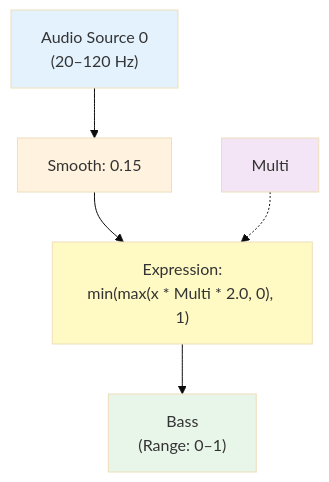
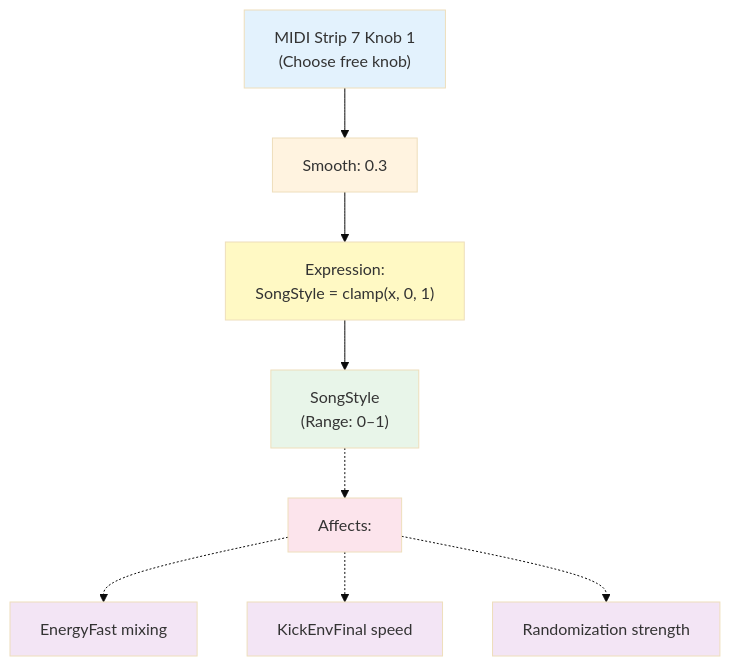
Before and after one commit to abossard/synesthesia-visuals: the third of 17 diagrams in docs/mmv-master-pipeline-guide.md, drawn with Mermaid (base theme). The commit also changed other lines of this file, not shown here.

Commit message:
Complete overhaul: Add SongStyle adaptation system to MMV pipeline guide

````diff
--- a/docs/mmv-master-pipeline-guide.md
+++ b/docs/mmv-master-pipeline-guide.md
@@ -240,14 +127,20 @@
 ```mermaid
 flowchart TD
-    AUDIO["Audio Source 0<br/>(20–120 Hz)"] --> SMOOTH1["Smooth: 0.15"]
-    SMOOTH1 --> EXPR1["Expression:<br/>min(max(x * Multi * 2.0, 0), 1)"]
-    EXPR1 --> BASS["Bass<br/>(Range: 0–1)"]
+    MIDI_SS["MIDI Strip 7 Knob 1<br/>(Choose free knob)"] --> SMOOTH_SS["Smooth: 0.3"]
+    SMOOTH_SS --> EXPR_SS["Expression:<br/>SongStyle = clamp(x, 0, 1)"]
+    EXPR_SS --> SONGSTYLE["SongStyle<br/>(Range: 0–1)"]
     
-    MULTI2["Multi"] -.-> EXPR1
+    SONGSTYLE -.-> EFFECTS["Affects:"]
+    EFFECTS -.-> EFF1["EnergyFast mixing"]
+    EFFECTS -.-> EFF2["KickEnvFinal speed"]
+    EFFECTS -.-> EFF3["Randomization strength"]
     
-    style AUDIO fill:#e3f2fd
-    style SMOOTH1 fill:#fff3e0
-    style EXPR1 fill:#fff9c4
-    style BASS fill:#e8f5e9
-    style MULTI2 fill:#f3e5f5
+    style MIDI_SS fill:#e3f2fd
+    style SMOOTH_SS fill:#fff3e0
+    style EXPR_SS fill:#fff9c4
+    style SONGSTYLE fill:#e8f5e9
+    style EFFECTS fill:#fce4ec
+    style EFF1 fill:#f3e5f5
+    style EFF2 fill:#f3e5f5
+    style EFF3 fill:#f3e5f5
 ```
````
